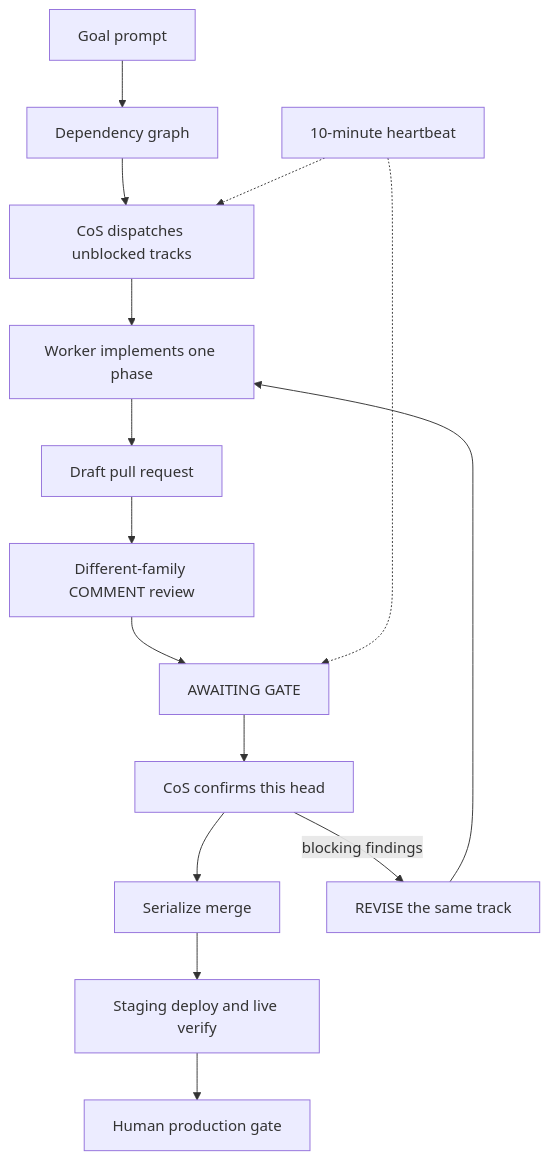
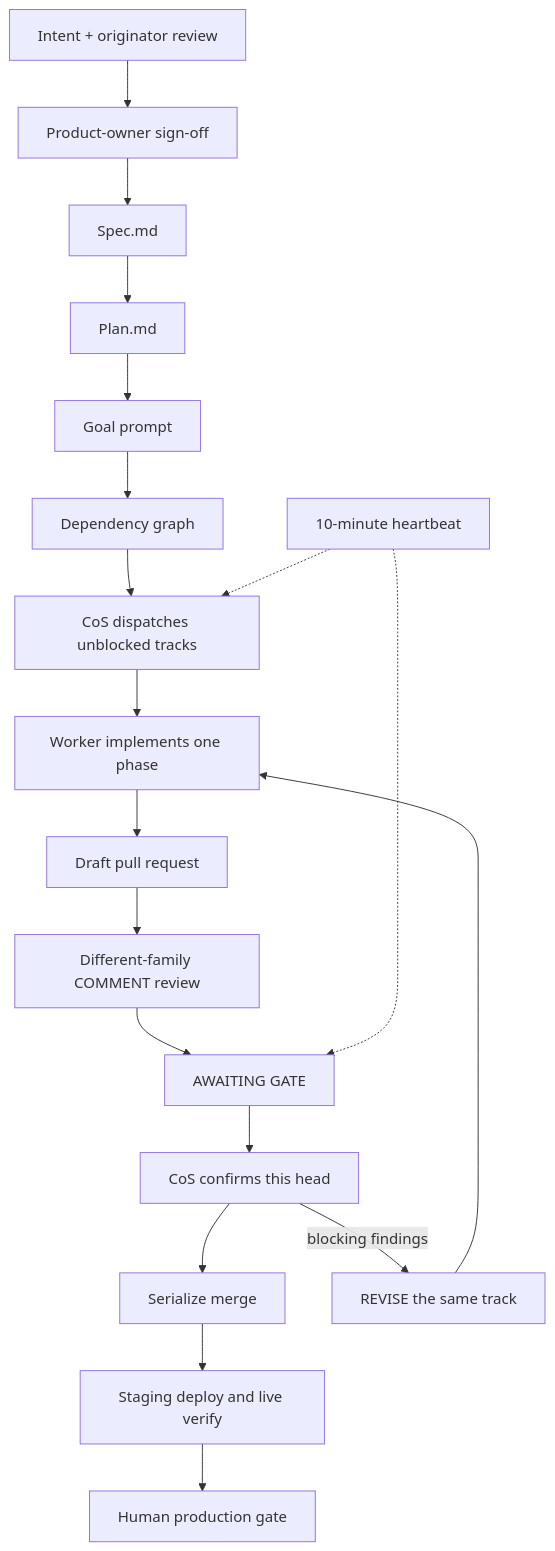
One commit to cortex-mesh/controller-playbook changed the diagram in README.md. Above: the diagram before and after it, drawn with Mermaid. The commit also changed other lines of this file and 9 other files, not shown here.

````diff
--- a/README.md
+++ b/README.md
@@ -25,17 +25,21 @@
 ```mermaid
 flowchart TD
-  Goal[Goal prompt] --> Graph[Dependency graph]
+  Intent[Intent + originator review] --> PO[Product-owner sign-off]
+  PO --> Spec[Spec.md]
+  Spec --> Plan[Plan.md]
+  Plan --> Goal[Goal prompt]
+  Goal --> Graph[Dependency graph]
   Graph --> Dispatch[CoS dispatches unblocked tracks]
   Dispatch --> Work[Worker implements one phase]
   Work --> Draft[Draft pull request]
   Draft --> Review[Different-family COMMENT review]
   Review --> Await[AWAITING GATE]
   Await --> CosGate[CoS confirms this head]
   CosGate --> Merge[Serialize merge]
   Merge --> Staging[Staging deploy and live verify]
   Staging --> Human[Human production gate]
   CosGate -->|blocking findings| Revise[REVISE the same track]
   Revise --> Work
   Beat[10-minute heartbeat] -.-> Dispatch
   Beat -.-> Await
 ```
````
